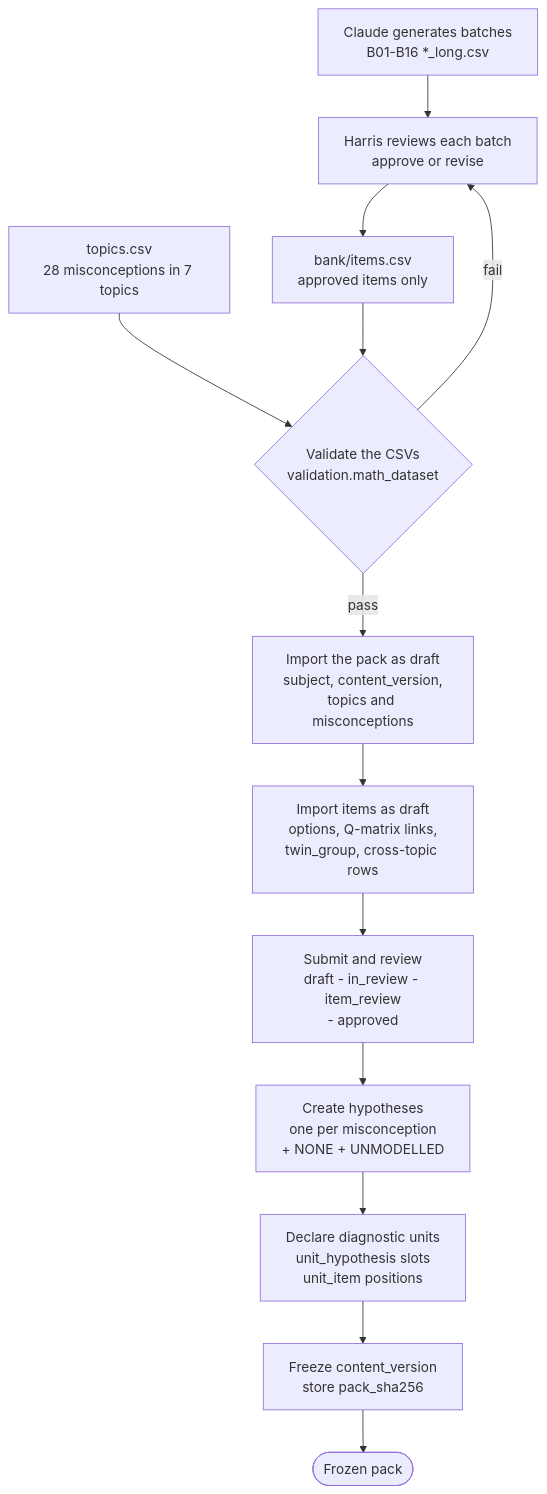
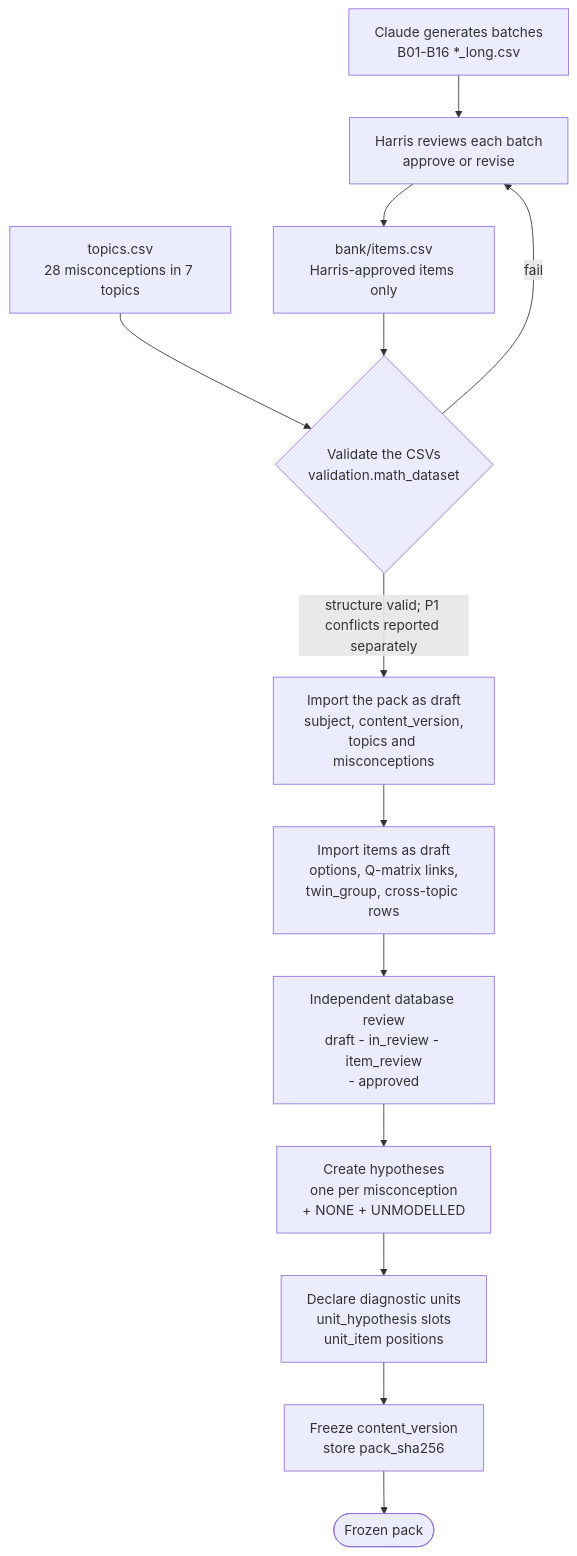
The second of 4 diagrams in docs/design/DATA_FLOW.md (sonder-fyp/SONDER), drawn with Mermaid before and after one commit. The commit also changed other lines of this file and 1 other file, not shown here.

Commit message:
docs(design): validate current data flow against engine and schema

````diff
--- a/docs/design/DATA_FLOW.md
+++ b/docs/design/DATA_FLOW.md
@@ -12,15 +30,15 @@
 ```mermaid
 flowchart TD
     A["Claude generates batches<br/>B01-B16 *_long.csv"] --> B["Harris reviews each batch<br/>approve or revise"]
-    B --> C["bank/items.csv<br/>approved items only"]
+    B --> C["bank/items.csv<br/>Harris-approved items only"]
     T["topics.csv<br/>28 misconceptions in 7 topics"] --> V
     C --> V{"Validate the CSVs<br/>validation.math_dataset"}
     V -- fail --> B
-    V -- pass --> I1["Import the pack as draft<br/>subject, content_version,<br/>topics and misconceptions"]
+    V -->|structure valid; P1 conflicts reported separately| I1["Import the pack as draft<br/>subject, content_version,<br/>topics and misconceptions"]
     I1 --> I2["Import items as draft<br/>options, Q-matrix links,<br/>twin_group, cross-topic rows"]
-    I2 --> I3["Submit and review<br/>draft - in_review - item_review<br/>- approved"]
+    I2 --> I3["Independent database review<br/>draft - in_review - item_review<br/>- approved"]
     I3 --> H["Create hypotheses<br/>one per misconception<br/>+ NONE + UNMODELLED"]
     H --> U["Declare diagnostic units<br/>unit_hypothesis slots<br/>unit_item positions"]
     U --> F["Freeze content_version<br/>store pack_sha256"]
     F --> L(["Frozen pack"])
 ```
````
